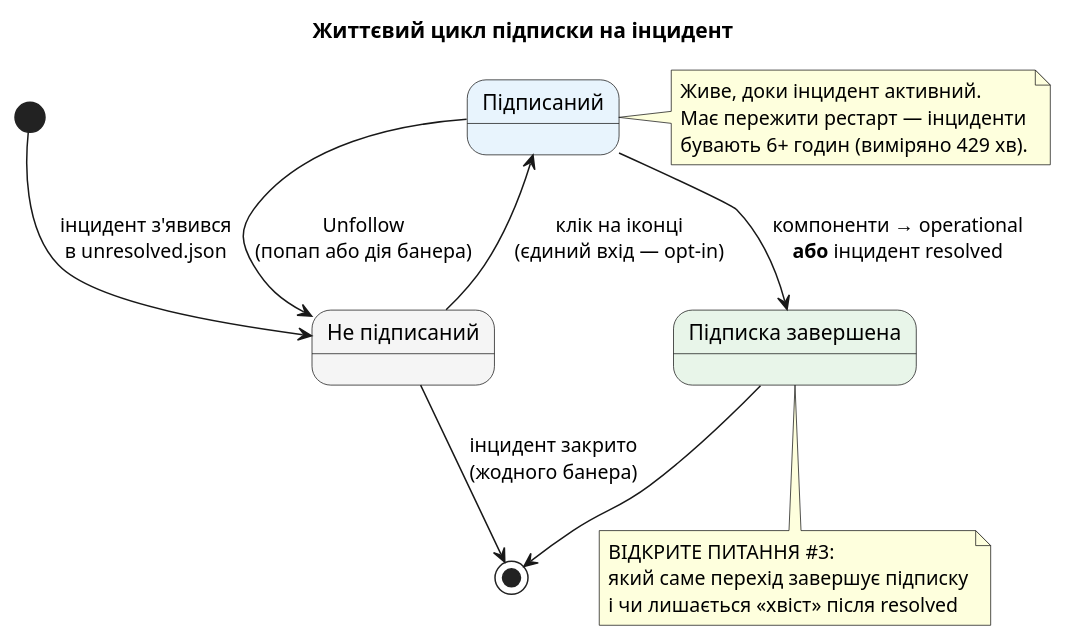
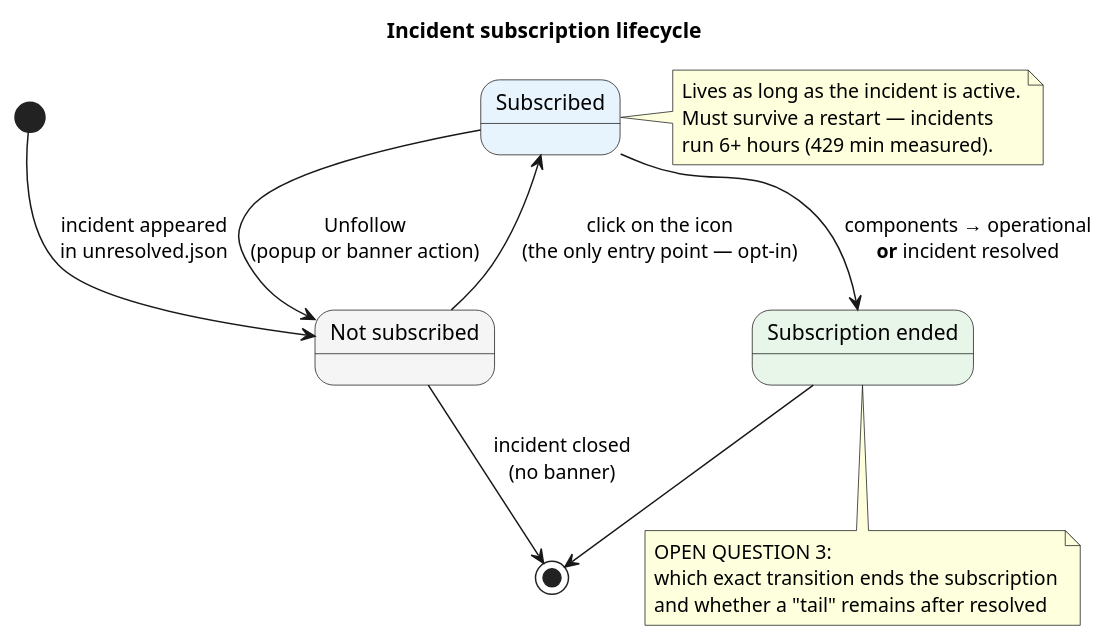
The second of 3 diagrams in docs/adr/0071-incident-subscriptions.md (artem-from-ua/tokenpace), drawn with PlantUML before and after one commit. The commit also changed other lines of this file and 116 other files, not shown here.

````diff
--- a/docs/adr/0071-incident-subscriptions.md
+++ b/docs/adr/0071-incident-subscriptions.md
@@ -138,36 +141,36 @@
 ```plantuml
 @startuml
-title Життєвий цикл підписки на інцидент
+title Incident subscription lifecycle
 
 skinparam state {
   BackgroundColor<<none>> #F5F5F5
   BackgroundColor<<live>> #E8F4FD
   BackgroundColor<<done>> #E8F5E9
 }
 
-[*] --> NotSubscribed : інцидент з'явився\nв unresolved.json
+[*] --> NotSubscribed : incident appeared\nin unresolved.json
 
-state "Не підписаний" as NotSubscribed <<none>>
-state "Підписаний" as Subscribed <<live>>
-state "Підписка завершена" as Ended <<done>>
+state "Not subscribed" as NotSubscribed <<none>>
+state "Subscribed" as Subscribed <<live>>
+state "Subscription ended" as Ended <<done>>
 
-NotSubscribed --> Subscribed : клік на іконці\n(єдиний вхід — opt-in)
-Subscribed --> NotSubscribed : Unfollow\n(попап або дія банера)
+NotSubscribed --> Subscribed : click on the icon\n(the only entry point — opt-in)
+Subscribed --> NotSubscribed : Unfollow\n(popup or banner action)
 
-Subscribed --> Ended : компоненти → operational\n**або** інцидент resolved
-NotSubscribed --> [*] : інцидент закрито\n(жодного банера)
+Subscribed --> Ended : components → operational\n**or** incident resolved
+NotSubscribed --> [*] : incident closed\n(no banner)
 Ended --> [*]
 
 note right of Subscribed
-  Живе, доки інцидент активний.
-  Має пережити рестарт — інциденти
-  бувають 6+ годин (виміряно 429 хв).
+  Lives as long as the incident is active.
+  Must survive a restart — incidents
+  run 6+ hours (429 min measured).
 end note
 
 note bottom of Ended
-  ВІДКРИТЕ ПИТАННЯ #3:
-  який саме перехід завершує підписку
-  і чи лишається «хвіст» після resolved
+  OPEN QUESTION 3:
+  which exact transition ends the subscription
+  and whether a "tail" remains after resolved
 end note
 @enduml
 ```
````
